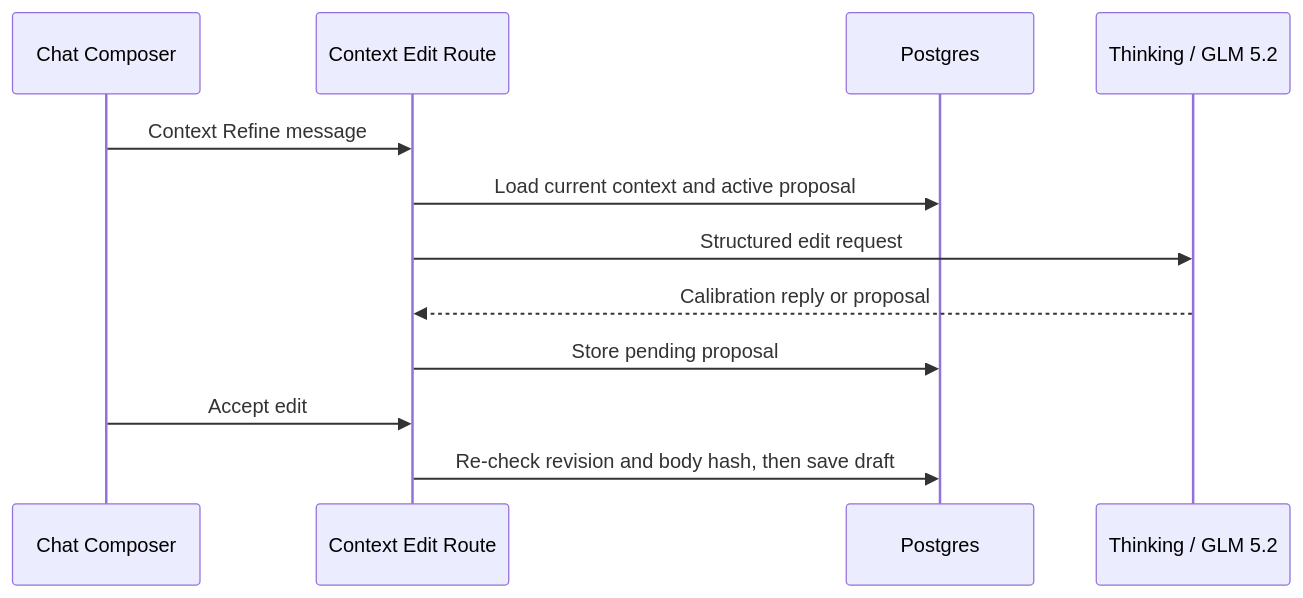
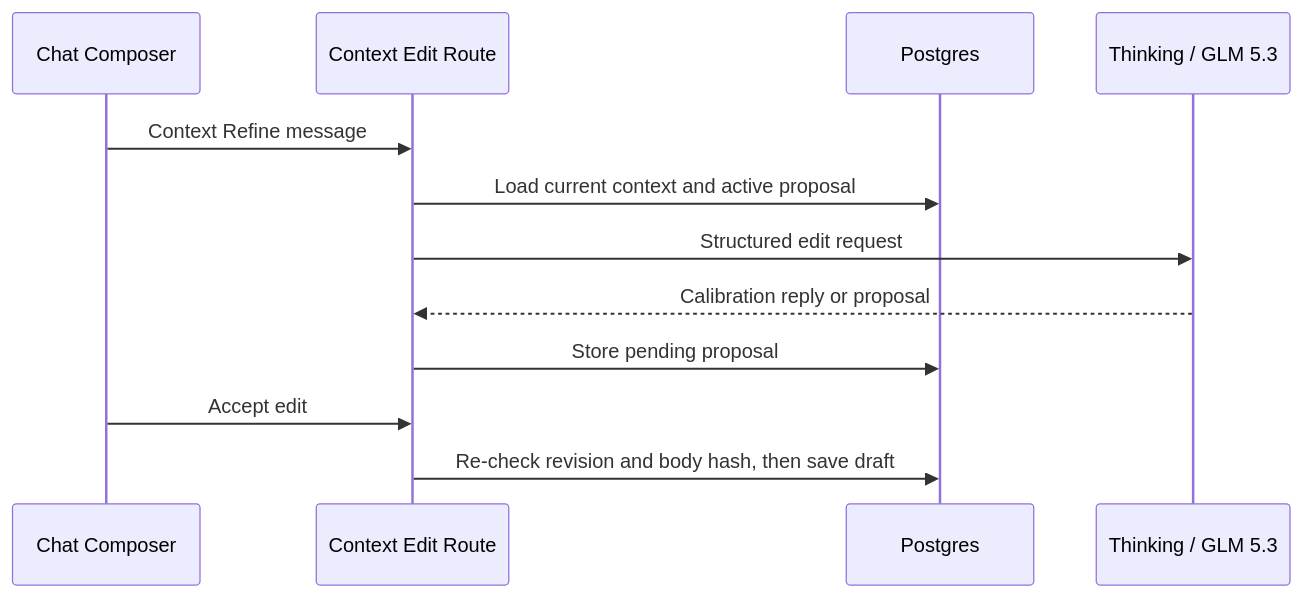
The diagram in docs/wiki/surfaces/refine-context.md (postfiatorg/tasknode), drawn with Mermaid before and after one commit. The commit also changed other lines of this file and 629 other files, not shown here.

````diff
--- a/docs/wiki/surfaces/refine-context.md
+++ b/docs/wiki/surfaces/refine-context.md
@@ -30,14 +30,14 @@
 ```mermaid
 sequenceDiagram
   participant UI as Chat Composer
   participant Edit as Context Edit Route
   participant DB as Postgres
-  participant Model as Thinking / GLM 5.2
+  participant Model as Thinking / GLM 5.3
   UI->>Edit: Context Refine message
   Edit->>DB: Load current context and active proposal
   Edit->>Model: Structured edit request
   Model-->>Edit: Calibration reply or proposal
   Edit->>DB: Store pending proposal
   UI->>Edit: Accept edit
   Edit->>DB: Re-check revision and body hash, then save draft
 ```
````
